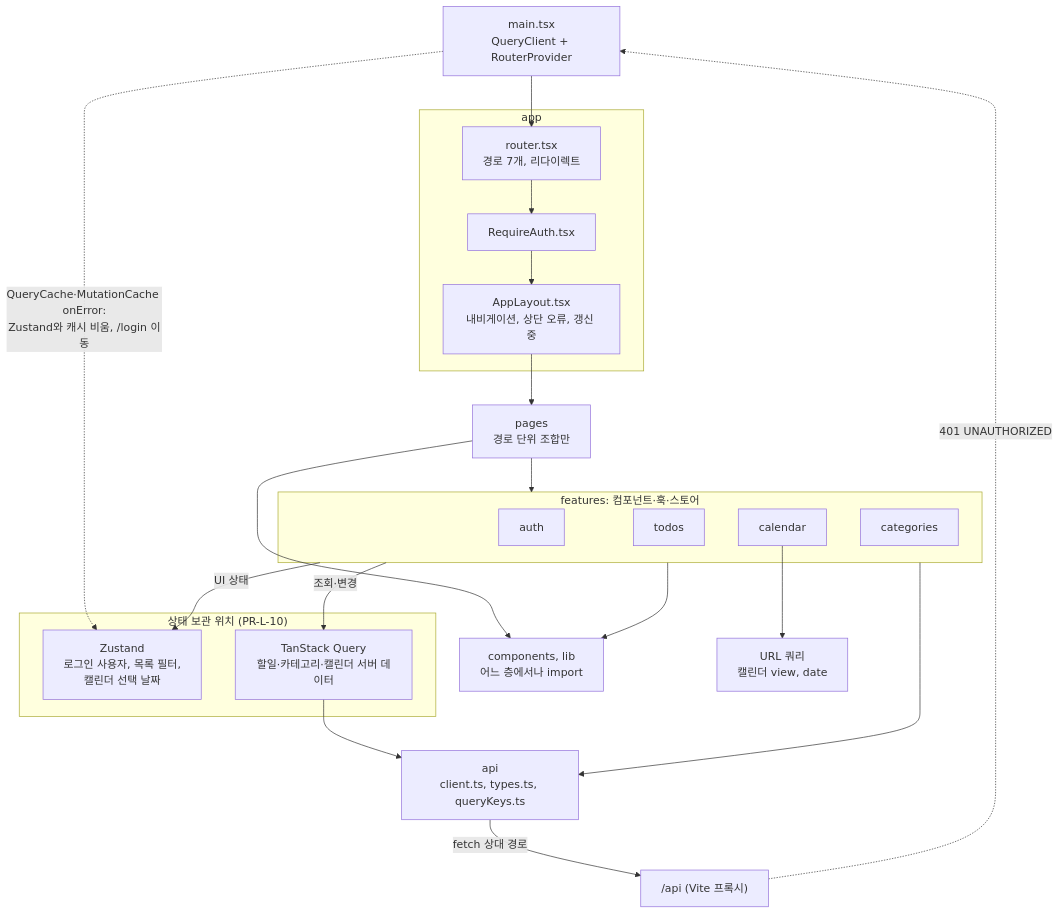
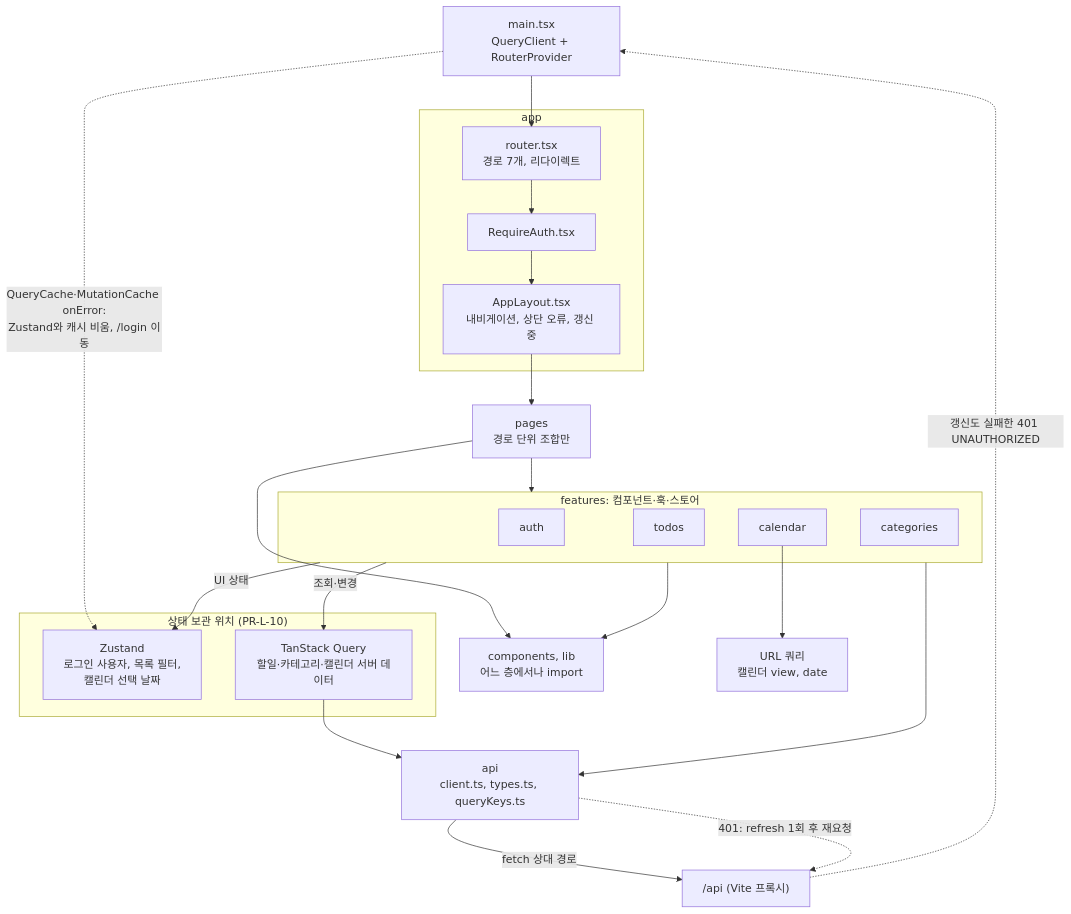
Before and after one commit to pomyeong/todolist-app: the third of 10 diagrams in docs/6-arch-diagram.md, drawn with Mermaid. The commit also changed other lines of this file and 7 other files, not shown here.

````diff
--- a/docs/6-arch-diagram.md
+++ b/docs/6-arch-diagram.md
@@ -129,38 +134,39 @@
 ```mermaid
 flowchart TB
     MAIN["main.tsx<br/>QueryClient + RouterProvider"]
     subgraph APPD["app"]
         RTR["router.tsx<br/>경로 7개, 리다이렉트"]
         RA["RequireAuth.tsx"]
         AL["AppLayout.tsx<br/>내비게이션, 상단 오류, 갱신 중"]
     end
     PG["pages<br/>경로 단위 조합만"]
     subgraph FT["features: 컴포넌트·훅·스토어"]
         FA["auth"]
         FTD["todos"]
         FC["calendar"]
         FCT["categories"]
     end
     subgraph ST2["상태 보관 위치 (PR-L-10)"]
         ZS["Zustand<br/>로그인 사용자, 목록 필터,<br/>캘린더 선택 날짜"]
         TQ["TanStack Query<br/>할일·카테고리·캘린더 서버 데이터"]
     end
     API["api<br/>client.ts, types.ts, queryKeys.ts"]
     SHARED["components, lib<br/>어느 층에서나 import"]
     BACK["/api (Vite 프록시)"]
     URL["URL 쿼리<br/>캘린더 view, date"]
 
     MAIN --> RTR
     RTR --> RA --> AL --> PG
     PG --> FT
     FT --> API
     FT --> SHARED
     PG --> SHARED
     FT -->|"UI 상태"| ZS
     FT -->|"조회·변경"| TQ
     FC --> URL
     TQ --> API
     API -->|"fetch 상대 경로"| BACK
-    BACK -.->|"401 UNAUTHORIZED"| MAIN
+    API -.->|"401: refresh 1회 후 재요청"| BACK
+    BACK -.->|"갱신도 실패한 401 UNAUTHORIZED"| MAIN
     MAIN -.->|"QueryCache·MutationCache onError:<br/>Zustand와 캐시 비움, /login 이동"| ZS
 ```
````
